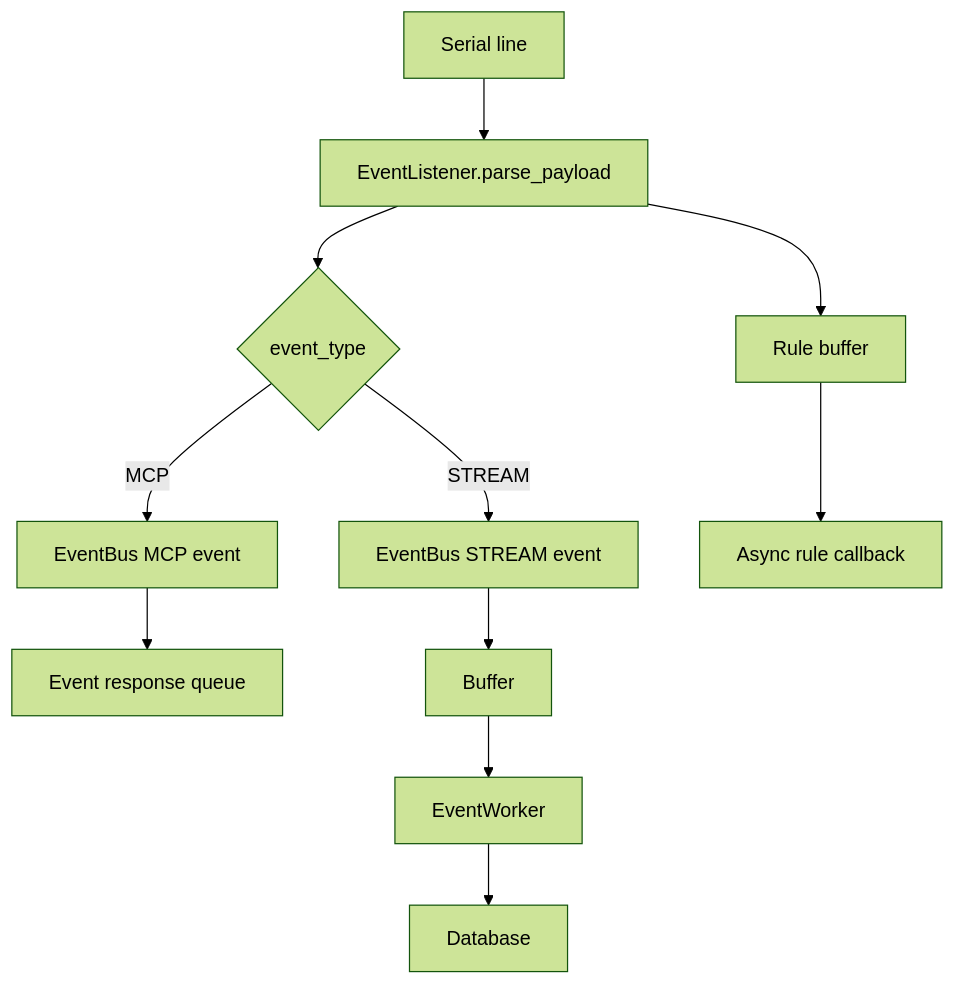
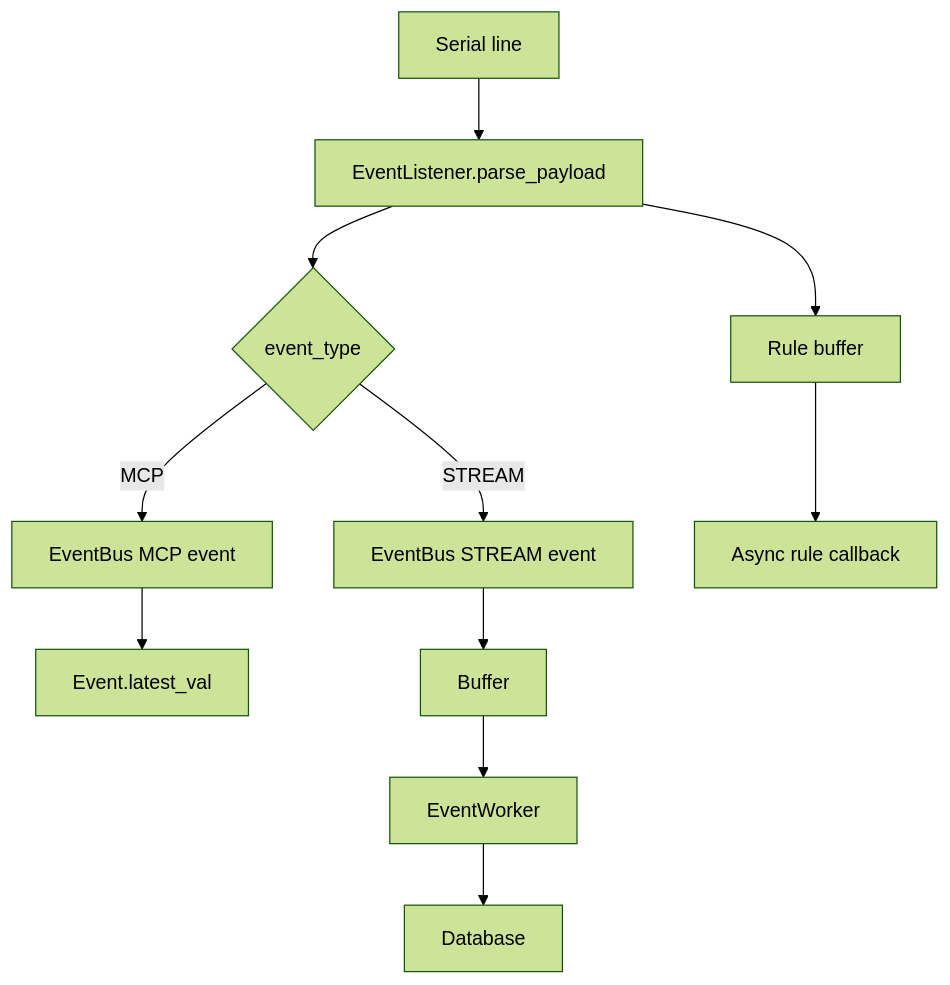
The first of 2 diagrams in src/gerbera_sdk/events/README.md (BaronLiu1993/gerbera), drawn with Mermaid (forest theme) before and after one commit. The commit also changed other lines of this file and 16 other files, not shown here.

````diff
--- a/src/gerbera_sdk/events/README.md
+++ b/src/gerbera_sdk/events/README.md
@@ -37,13 +36,13 @@
 ```mermaid
 flowchart TD
     A[Serial line] --> B[EventListener.parse_payload]
     B --> C{event_type}
     C -->|MCP| D[EventBus MCP event]
     C -->|STREAM| E[EventBus STREAM event]
-    D --> F[Event response queue]
+    D --> F[Event.latest_val]
     E --> G[Buffer]
     B --> R[Rule buffer]
     R --> S[Async rule callback]
     G --> H[EventWorker]
     H --> I[Database]
 ```
````
